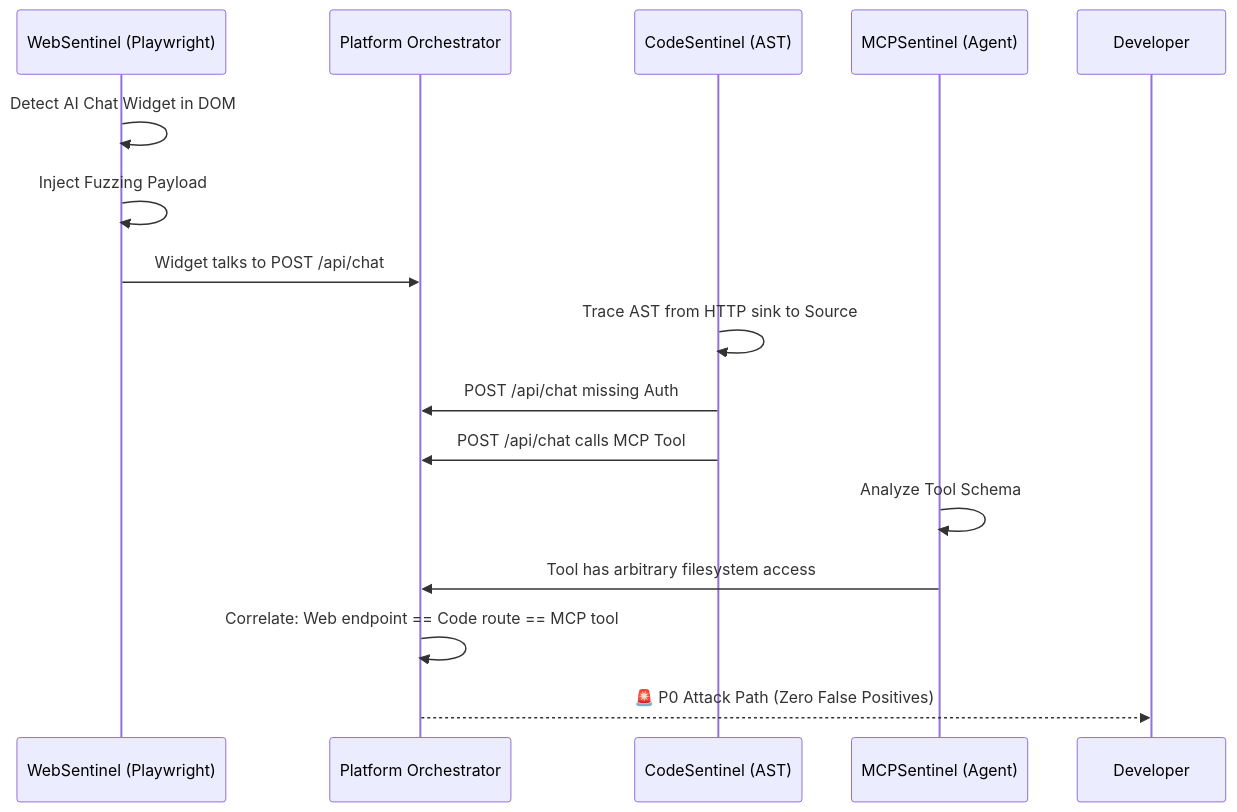
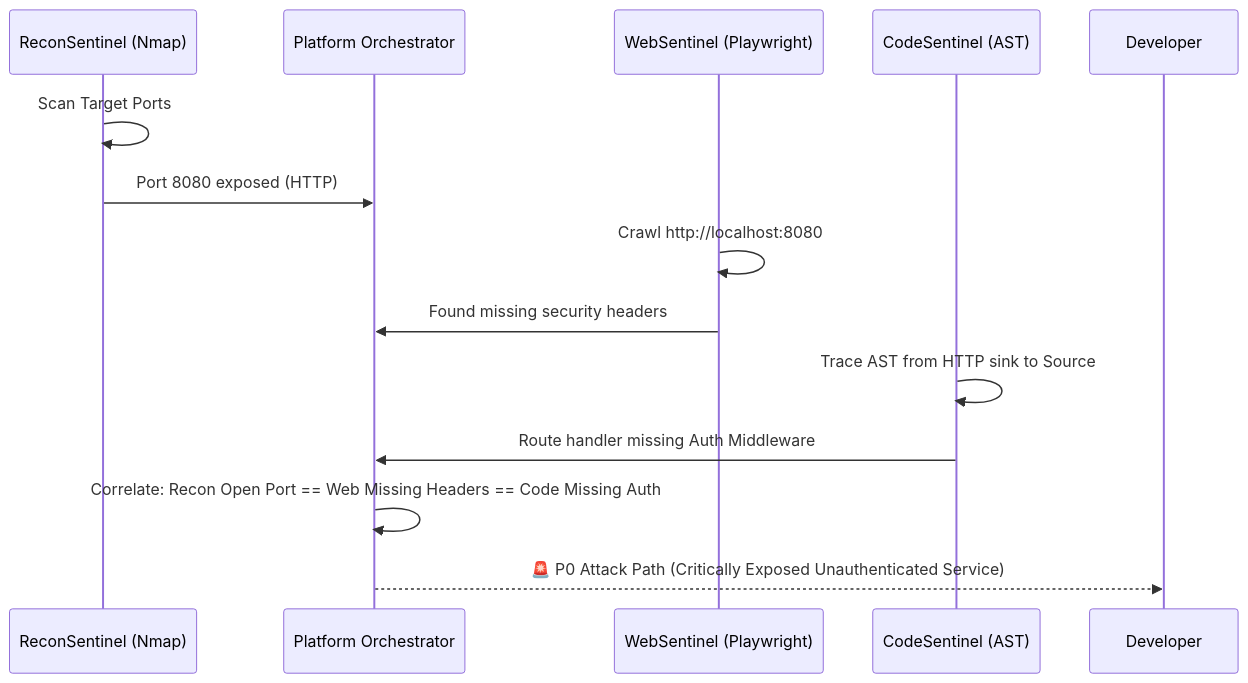
One commit to pushp314/ApTes changed the second of 2 diagrams in packages/docs/architecture/system-overview.md. Above: the diagram before and after it, drawn with Mermaid. The commit also changed other lines of this file and 8 other files, not shown here.

Commit message:
feat: overhaul documentation structure with new Enterprise section, ReconSentinel engine integration, and evaluation harness details.

````diff
--- a/packages/docs/architecture/system-overview.md
+++ b/packages/docs/architecture/system-overview.md
@@ -119,21 +123,19 @@
 ```mermaid
 sequenceDiagram
+    participant Recon as ReconSentinel (Nmap)
+    participant Orchestrator as Platform Orchestrator
     participant Web as WebSentinel (Playwright)
-    participant Orchestrator as Platform Orchestrator
     participant Code as CodeSentinel (AST)
-    participant MCP as MCPSentinel (Agent)
 
-    Web->>Web: Detect AI Chat Widget in DOM
-    Web->>Web: Inject Fuzzing Payload
-    Web->>Orchestrator: Widget talks to POST /api/chat
+    Recon->>Recon: Scan Target Ports
+    Recon->>Orchestrator: Port 8080 exposed (HTTP)
+
+    Web->>Web: Crawl http://localhost:8080
+    Web->>Orchestrator: Found missing security headers
 
     Code->>Code: Trace AST from HTTP sink to Source
-    Code->>Orchestrator: POST /api/chat missing Auth
-    Code->>Orchestrator: POST /api/chat calls MCP Tool
+    Code->>Orchestrator: Route handler missing Auth Middleware
 
-    MCP->>MCP: Analyze Tool Schema
-    MCP->>Orchestrator: Tool has arbitrary filesystem access
-
-    Orchestrator->>Orchestrator: Correlate: Web endpoint == Code route == MCP tool
-    Orchestrator-->>Developer: 🚨 P0 Attack Path (Zero False Positives)
+    Orchestrator->>Orchestrator: Correlate: Recon Open Port == Web Missing Headers == Code Missing Auth
+    Orchestrator-->>Developer: 🚨 P0 Attack Path (Critically Exposed Unauthenticated Service)
 ```
````
